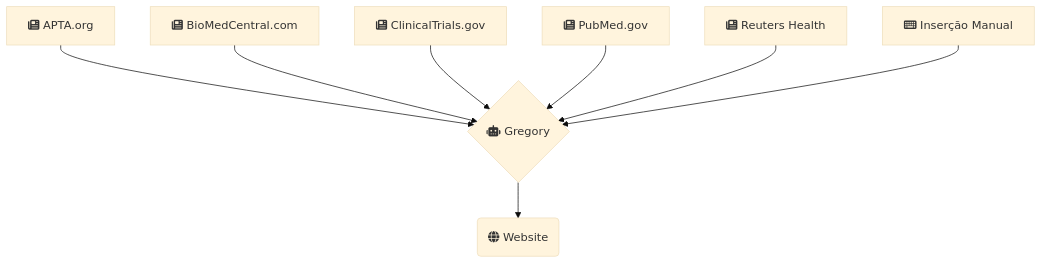
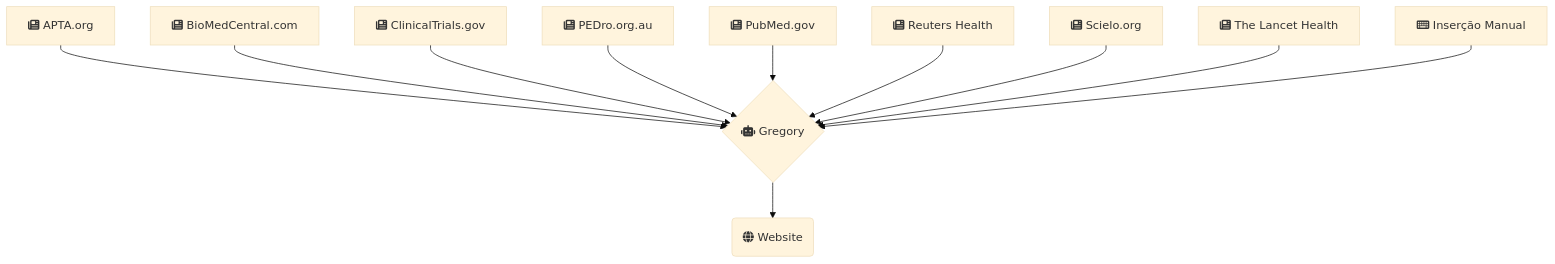
The diagram in content/about/index.md (brunoamaral/gregory-ai), drawn with Mermaid (base theme) before and after one commit.

Commit message:
add new souces and sort

````diff
--- a/content/about/index.md
+++ b/content/about/index.md
@@ -41,10 +41,13 @@
 ```mermaid
 graph TD;
     APTA[fa:fa-newspaper APTA.org] -->Gregory;
     BioMedCentral[fa:fa-newspaper BioMedCentral.com] -->Gregory;
     ClinicalTrials[fa:fa-newspaper ClinicalTrials.gov]-->Gregory;
+    PEDro[fa:fa-newspaper PEDro.org.au] -->Gregory;
     PubMed[fa:fa-newspaper PubMed.gov] -->Gregory;
     Reuters[fa:fa-newspaper Reuters Health]-->Gregory;
+    Scielo[fa:fa-newspaper Scielo.org] -->Gregory;
+    TheLancet[fa:fa-newspaper The Lancet Health]-->Gregory;
     Manual[fa:fa-keyboard Inserção Manual]-->Gregory;
     Gregory{fa:fa-robot Gregory}-->Website(fa:fa-globe Website)
 ```
````
